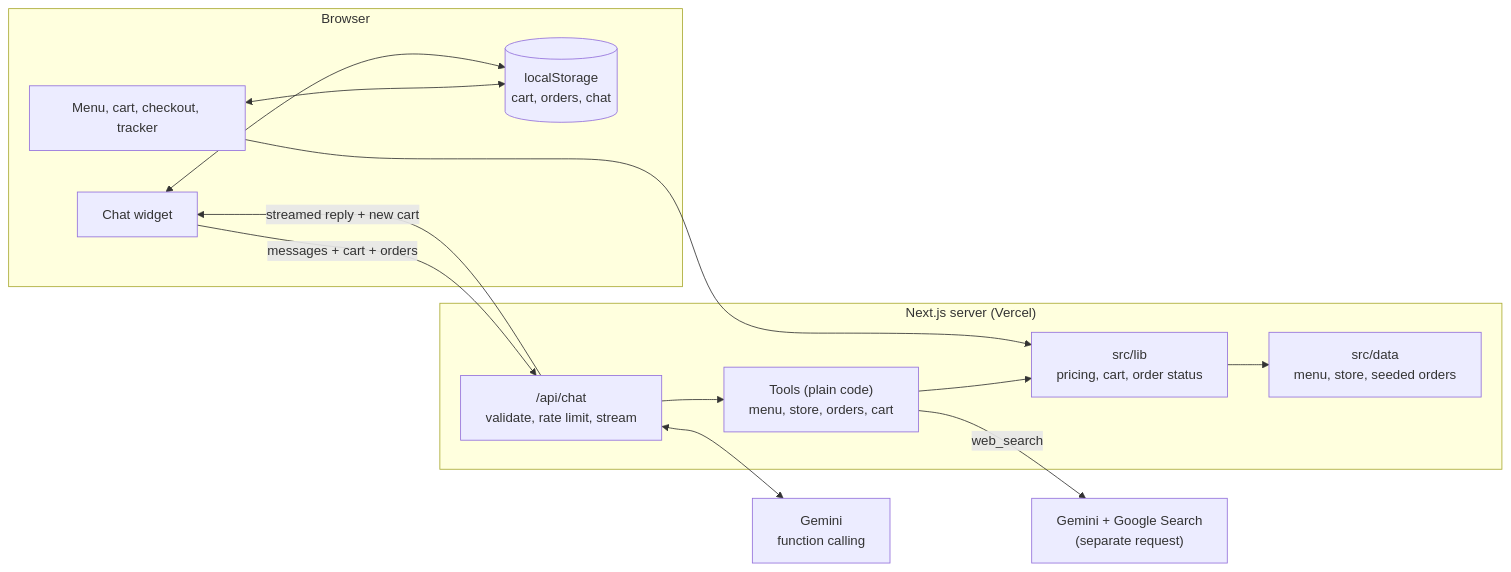
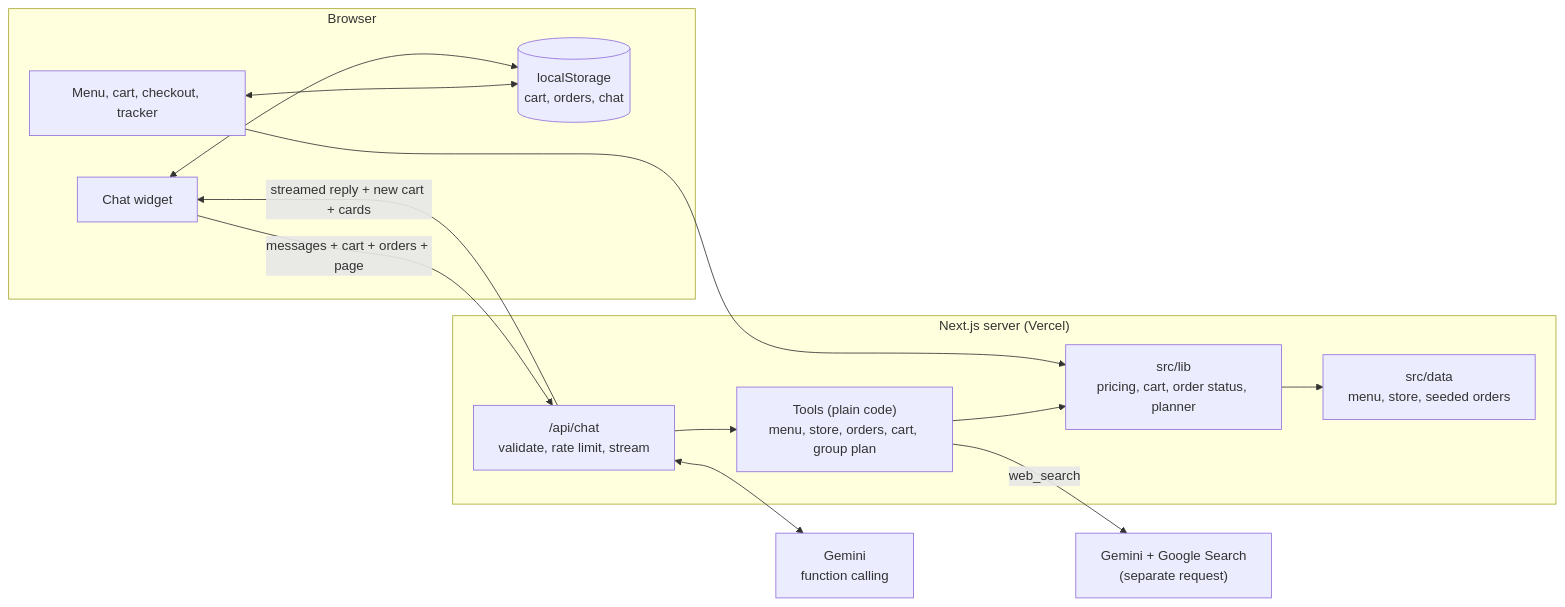
Before and after one commit to scyxcarrot/uspizzawebsite: the diagram in README.md, drawn with Mermaid. The commit also changed other lines of this file and 2 other files, not shown here.

First line of the commit message:
Make the group order planner the headline in the README, demo script and chat

````diff
--- a/README.md
+++ b/README.md
@@ -140,27 +142,27 @@
 ```mermaid
 flowchart LR
   subgraph Browser
     UI[Menu, cart, checkout, tracker]
     Chat[Chat widget]
     LS[(localStorage<br/>cart, orders, chat)]
     UI <--> LS
     Chat <--> LS
   end
 
   subgraph Server["Next.js server (Vercel)"]
     API["/api/chat<br/>validate, rate limit, stream"]
-    Tools["Tools (plain code)<br/>menu, store, orders, cart"]
-    Logic["src/lib<br/>pricing, cart, order status"]
+    Tools["Tools (plain code)<br/>menu, store, orders, cart, group plan"]
+    Logic["src/lib<br/>pricing, cart, order status, planner"]
     Data["src/data<br/>menu, store, seeded orders"]
     API --> Tools --> Logic --> Data
   end
 
   Gemini["Gemini<br/>function calling"]
   Search["Gemini + Google Search<br/>(separate request)"]
 
-  Chat -- "messages + cart + orders" --> API
-  API -- "streamed reply + new cart" --> Chat
+  Chat -- "messages + cart + orders + page" --> API
+  API -- "streamed reply + new cart + cards" --> Chat
   API <--> Gemini
   Tools -- web_search --> Search
   UI --> Logic
 ```
````
